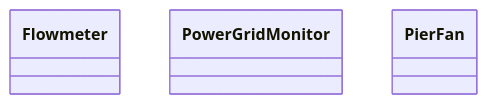
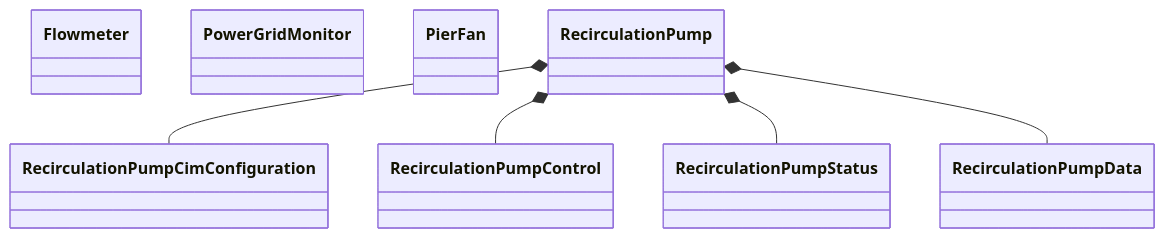
One commit to lsst-ts/ts_dynalene changed the second of 3 diagrams in doc/class_diagram.md. Above: the diagram before and after it, drawn with Mermaid. The commit also changed other lines of this file, not shown here.

Commit message:
Update the class diagram.

````diff
--- a/doc/class_diagram.md
+++ b/doc/class_diagram.md
@@ -20,7 +20,12 @@
 ```mermaid
 classDiagram
 
 class Flowmeter
 class PowerGridMonitor
 class PierFan
+
+RecirculationPump *-- RecirculationPumpCimConfiguration
+RecirculationPump *-- RecirculationPumpControl
+RecirculationPump *-- RecirculationPumpStatus
+RecirculationPump *-- RecirculationPumpData
 ```
````
